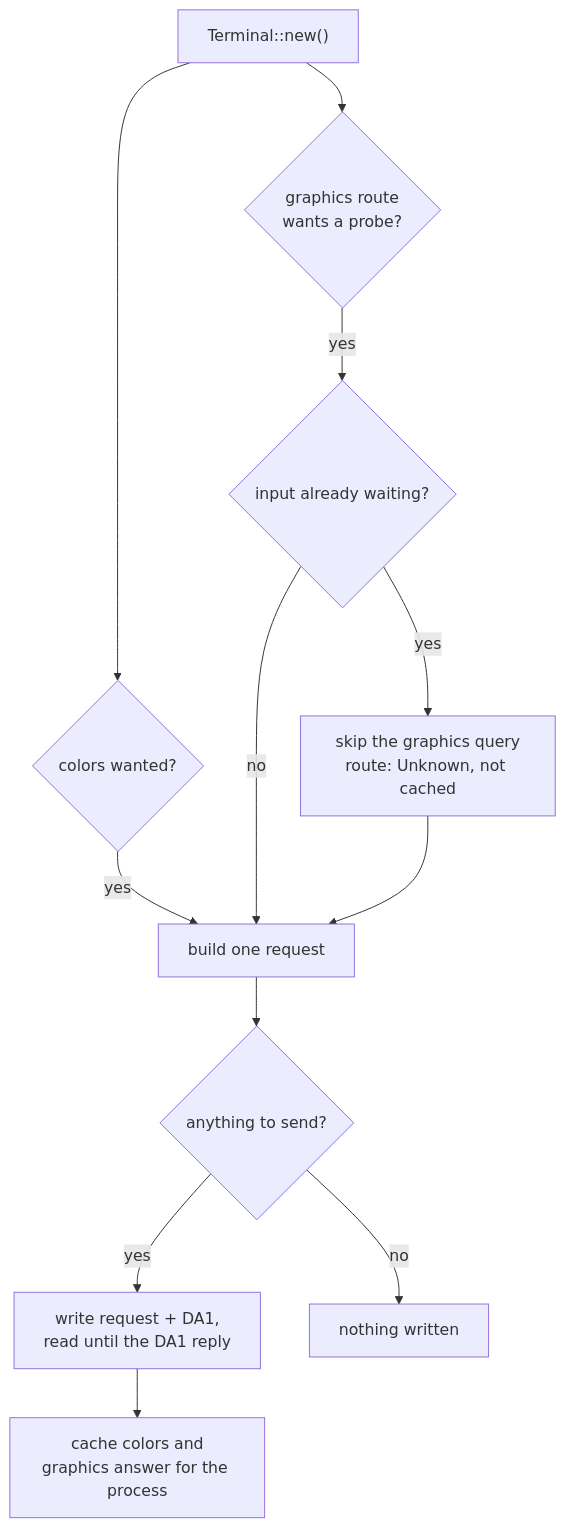
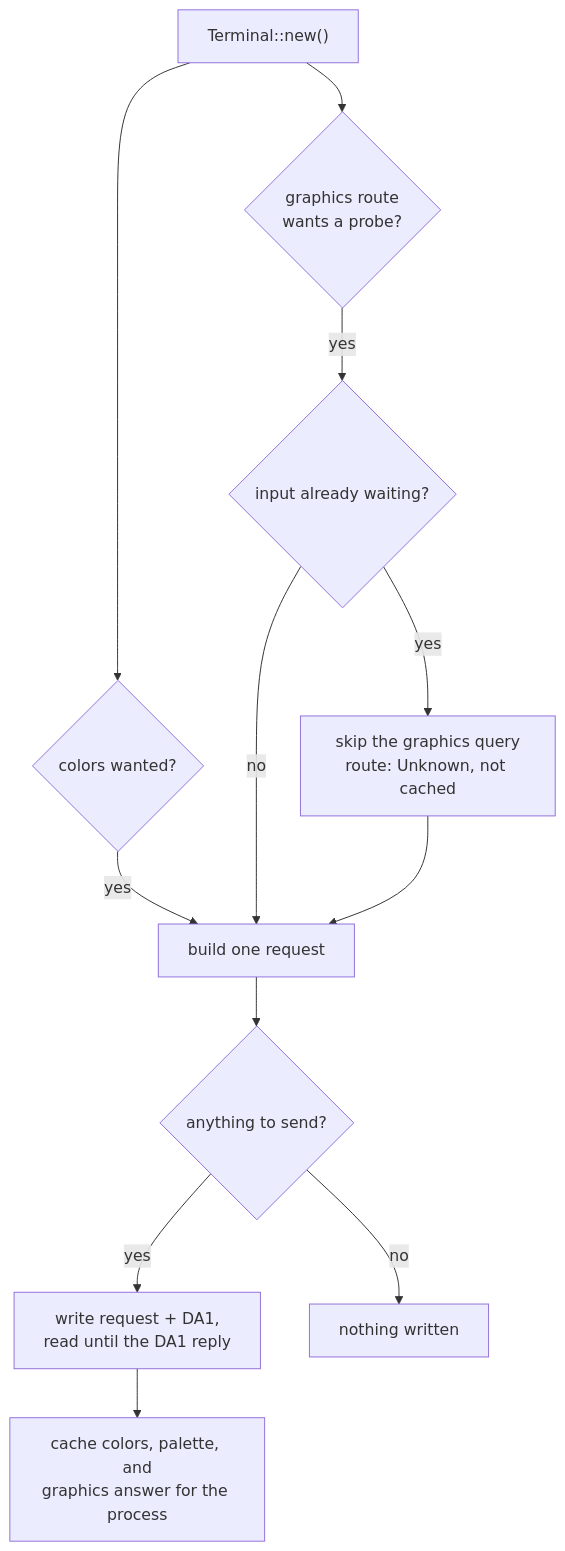
Before and after one commit to yankeeinlondon/rusty-biscuit: the first of 2 diagrams in biscuit-terminal/docs/discovery/terminal-queries.md, drawn with Mermaid. The commit also changed other lines of this file and 12 other files, not shown here.

````diff
--- a/biscuit-terminal/docs/discovery/terminal-queries.md
+++ b/biscuit-terminal/docs/discovery/terminal-queries.md
@@ -101,14 +104,14 @@
 ```mermaid
 flowchart TD
     A["Terminal::new()"] --> B{colors wanted?}
     A --> C{graphics route<br/>wants a probe?}
     B -- yes --> R[build one request]
     C -- yes --> I{input already waiting?}
     I -- no --> R
     I -- yes --> K[skip the graphics query<br/>route: Unknown, not cached]
     K --> R
     R --> W{anything to send?}
     W -- yes --> X[write request + DA1,<br/>read until the DA1 reply]
-    X --> P[cache colors and<br/>graphics answer for the process]
+    X --> P[cache colors, palette, and<br/>graphics answer for the process]
     W -- no --> N[nothing written]
 ```
````
